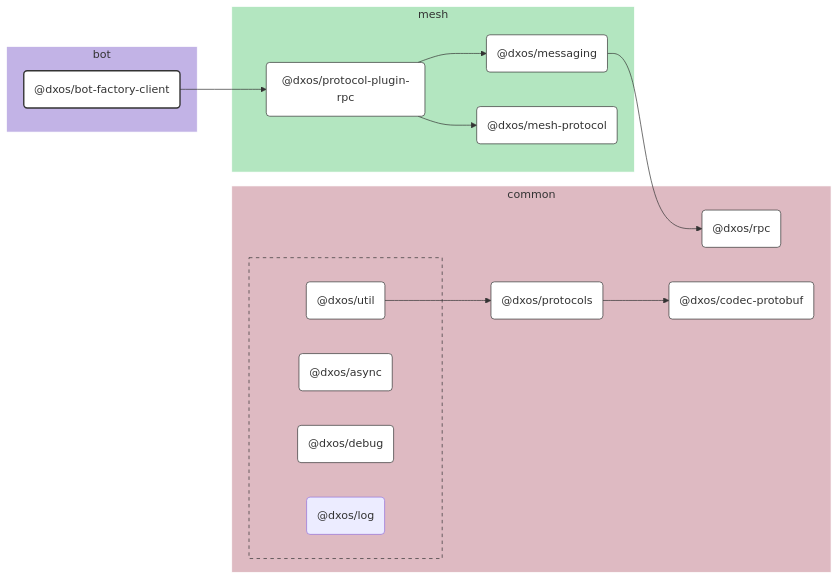
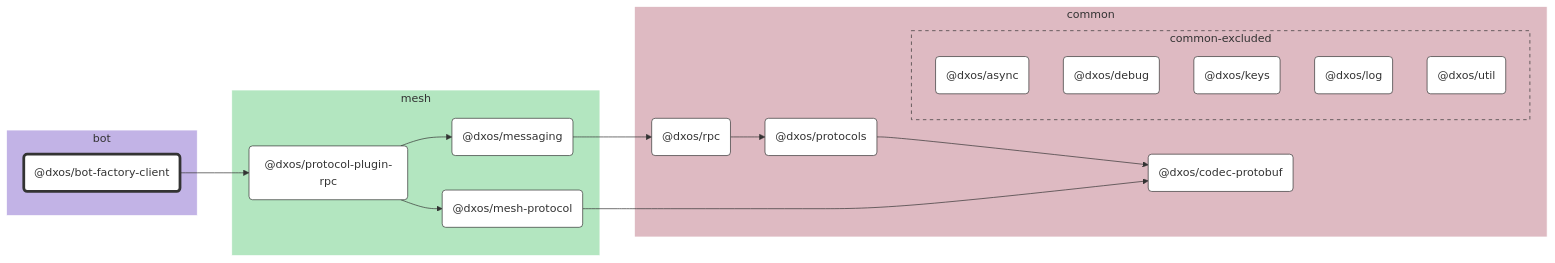
The diagram in packages/bot/bot-factory-client/docs/README.md (dxos/dxos), drawn with Mermaid before and after one commit. The commit also changed other lines of this file and 683 other files, not shown here.

````diff
--- a/packages/bot/bot-factory-client/docs/README.md
+++ b/packages/bot/bot-factory-client/docs/README.md
@@ -7,74 +7,61 @@
 ```mermaid
 %%{ init: {'flowchart':{'curve':'basis'}} }%%
 
 flowchart LR
 
-%% Links
-dxos/bot-factory-client --> dxos/protocol-plugin-rpc;
-dxos/messaging --> dxos/rpc;
-dxos/protocol-plugin-rpc --> dxos/mesh-protocol;
-dxos/protocol-plugin-rpc --> dxos/messaging;
-dxos/protocols --> dxos/codec-protobuf;
-dxos/util --> dxos/protocols;
+%% Classes
+classDef def fill:#fff,stroke:#333,stroke-width:1px
+classDef root fill:#fff,stroke:#333,stroke-width:4px
 
-%% Sections
-subgraph bot
-  style bot fill:#c2b3e6,stroke:#fff;
+%% Nodes
 
-  dxos/bot-factory-client("@dxos/bot-factory-client")
+subgraph bot [bot]
+  style bot fill:#c2b3e6,stroke:#fff
+  dxos/bot-factory-client("@dxos/bot-factory-client"):::root
+  click dxos/bot-factory-client "dxos/dxos/tree/main/packages/bot/bot-factory-client/docs"
 end
 
-subgraph common
-  style common fill:#debac2,stroke:#fff;
+subgraph common [common]
+  style common fill:#debac2,stroke:#fff
+  dxos/codec-protobuf("@dxos/codec-protobuf"):::def
+  click dxos/codec-protobuf "dxos/dxos/tree/main/packages/common/codec-protobuf/docs"
+  dxos/protocols("@dxos/protocols"):::def
+  click dxos/protocols "dxos/dxos/tree/main/packages/common/protocols/docs"
+  dxos/rpc("@dxos/rpc"):::def
+  click dxos/rpc "dxos/dxos/tree/main/packages/common/rpc/docs"
 
-  dxos/codec-protobuf("@dxos/codec-protobuf")
-  dxos/protocols("@dxos/protocols")
-  dxos/rpc("@dxos/rpc")
-
-  subgraph common-excluded [ ]
-    style common-excluded fill:#debac2,stroke:#333,stroke-dasharray:5 5;
-
-    dxos/async("@dxos/async")
-    dxos/debug("@dxos/debug")
-    dxos/log("@dxos/log")
-    dxos/util("@dxos/util")
+  subgraph common-excluded [common-excluded]
+    style common-excluded fill:#debac2,stroke:#333,stroke-dasharray:5 5
+    dxos/async("@dxos/async"):::def
+    click dxos/async "dxos/dxos/tree/main/packages/common/async/docs"
+    dxos/debug("@dxos/debug"):::def
+    click dxos/debug "dxos/dxos/tree/main/packages/common/debug/docs"
+    dxos/keys("@dxos/keys"):::def
+    click dxos/keys "dxos/dxos/tree/main/packages/common/keys/docs"
+    dxos/log("@dxos/log"):::def
+    click dxos/log "dxos/dxos/tree/main/packages/common/log/docs"
+    dxos/util("@dxos/util"):::def
+    click dxos/util "dxos/dxos/tree/main/packages/common/util/docs"
   end
 end
 
-subgraph mesh
-  style mesh fill:#b3e6c0,stroke:#fff;
-
-  dxos/mesh-protocol("@dxos/mesh-protocol")
-  dxos/messaging("@dxos/messaging")
-  dxos/protocol-plugin-rpc("@dxos/protocol-plugin-rpc")
+subgraph mesh [mesh]
+  style mesh fill:#b3e6c0,stroke:#fff
+  dxos/protocol-plugin-rpc("@dxos/protocol-plugin-rpc"):::def
+  click dxos/protocol-plugin-rpc "dxos/dxos/tree/main/packages/mesh/protocol-plugin-rpc/docs"
+  dxos/messaging("@dxos/messaging"):::def
+  click dxos/messaging "dxos/dxos/tree/main/packages/mesh/messaging/docs"
+  dxos/mesh-protocol("@dxos/mesh-protocol"):::def
+  click dxos/mesh-protocol "dxos/dxos/tree/main/packages/mesh/mesh-protocol/docs"
 end
 
-
-%% Hyperlinks
-click dxos/async "dxos/dxos/tree/main/packages/common/async/docs";
-click dxos/codec-protobuf "dxos/dxos/tree/main/packages/common/codec-protobuf/docs";
-click dxos/debug "dxos/dxos/tree/main/packages/common/debug/docs";
-click dxos/mesh-protocol "dxos/dxos/tree/main/packages/mesh/mesh-protocol/docs";
-click dxos/messaging "dxos/dxos/tree/main/packages/mesh/messaging/docs";
-click dxos/protocol-plugin-rpc "dxos/dxos/tree/main/packages/mesh/protocol-plugin-rpc/docs";
-click dxos/protocols "dxos/dxos/tree/main/packages/common/protocols/docs";
-click dxos/rpc "dxos/dxos/tree/main/packages/common/rpc/docs";
-click dxos/util "dxos/dxos/tree/main/packages/common/util/docs";
-
-%% Styles
-classDef rootNode fill:#fff,stroke:#333,stroke-width:2px
-classDef defaultNode fill:#fff,stroke:#333,stroke-width:1px
+%% Links
 linkStyle default stroke:#333,stroke-width:1px
-
-dxos/bot-factory-client:::rootNode
-
-dxos/async:::defaultNode
-dxos/codec-protobuf:::defaultNode
-dxos/debug:::defaultNode
-dxos/mesh-protocol:::defaultNode
-dxos/messaging:::defaultNode
-dxos/protocol-plugin-rpc:::defaultNode
-dxos/protocols:::defaultNode
-dxos/rpc:::defaultNode
-dxos/util:::defaultNode
+dxos/bot-factory-client --> dxos/protocol-plugin-rpc
+dxos/protocol-plugin-rpc --> dxos/messaging
+dxos/protocols --> dxos/codec-protobuf
+dxos/messaging --> dxos/rpc
+dxos/rpc --> dxos/protocols
+dxos/protocol-plugin-rpc --> dxos/mesh-protocol
+dxos/mesh-protocol --> dxos/codec-protobuf
 ```
````
